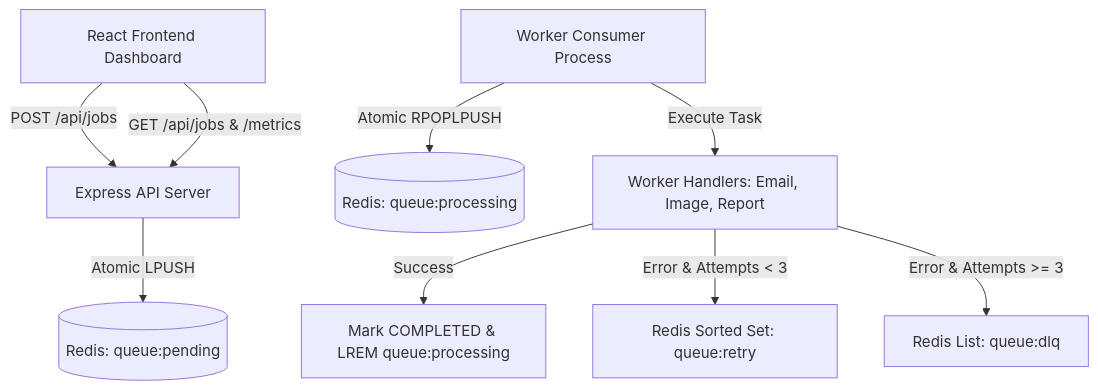
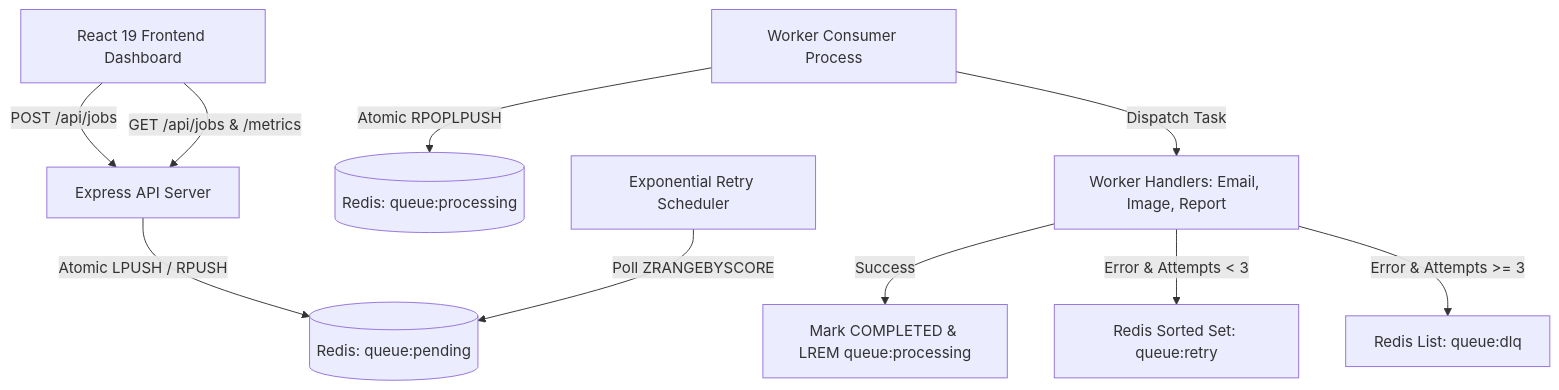
The diagram in README.md (NeerajKumar877/Task-Queue-Change), drawn with Mermaid before and after one commit. The commit also changed other lines of this file, not shown here.

Commit message:
Update README with complete architecture, API docs, and Render deployment guide

````diff
--- a/README.md
+++ b/README.md
@@ -17,11 +18,12 @@
 ```mermaid
 graph TD
-    Client[React Frontend Dashboard] -->|POST /api/jobs | API[Express API Server]
+    Client[React 19 Frontend Dashboard] -->|POST /api/jobs | API[Express API Server]
     Client -->|GET /api/jobs & /metrics| API
-    API -->|Atomic LPUSH| RedisPending[(Redis: queue:pending)]
+    API -->|Atomic LPUSH / RPUSH| RedisPending[(Redis: queue:pending)]
     Worker[Worker Consumer Process] -->|Atomic RPOPLPUSH| RedisProcessing[(Redis: queue:processing)]
-    Worker -->|Execute Task| Handlers[Worker Handlers: Email, Image, Report]
+    Worker -->|Dispatch Task| Handlers[Worker Handlers: Email, Image, Report]
     Handlers -->|Success| Complete[Mark COMPLETED & LREM queue:processing]
     Handlers -->|Error & Attempts < 3| RetryQueue[Redis Sorted Set: queue:retry]
     Handlers -->|Error & Attempts >= 3| DLQQueue[Redis List: queue:dlq]
+    RetryScheduler[Exponential Retry Scheduler] -->|Poll ZRANGEBYSCORE| RedisPending
 ```
````
